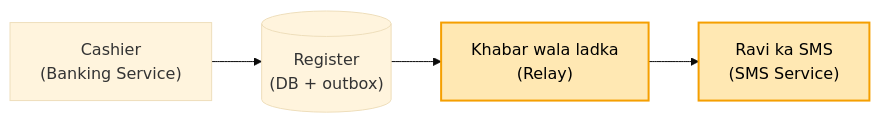
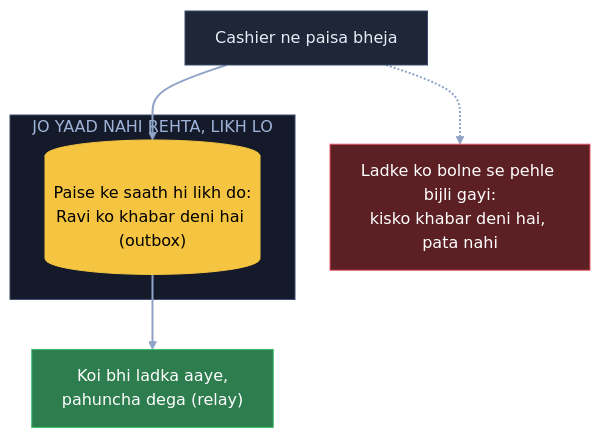
The fifth of 20 diagrams in 04_HLD/SYSTEM_DESIGNS/13_banking_system/13_banking_system.md (ArpanMaheshwari144/Prep), drawn with Mermaid (base theme) before and after one commit. The commit also changed other lines of this file, not shown here.

Commit message:
Banking: 20 diagram hand notes ke shabdon se (branch, register, diary, laptop, photocopy, chhotu)

````diff
--- a/04_HLD/SYSTEM_DESIGNS/13_banking_system/13_banking_system.md
+++ b/04_HLD/SYSTEM_DESIGNS/13_banking_system/13_banking_system.md
@@ -116,8 +163,18 @@
 ```mermaid
-flowchart LR
-    C["Cashier<br/>(Banking Service)"] --> R[("Register<br/>(DB + outbox)")]
-    R --> L["Khabar wala ladka<br/>(Relay)"]
-    L --> S["Ravi ka SMS<br/>(SMS Service)"]
-    style L fill:#ffe8b3,stroke:#f59f00,stroke-width:2px,color:#000
-    style S fill:#ffe8b3,stroke:#f59f00,stroke-width:2px,color:#000
+flowchart TB
+    C["Cashier ne paisa bheja"]:::card
+    X["Ladke ko bolne se pehle bijli gayi:<br/>kisko khabar deni hai, pata nahi"]:::bad
+    subgraph LK["JO YAAD NAHI REHTA, LIKH LO"]
+        O[("Paise ke saath hi likh do:<br/>Ravi ko khabar deni hai (outbox)")]:::pill
+    end
+    L["Koi bhi ladka aaye,<br/>pahuncha dega (relay)"]:::good
+    C --> O
+    C -.-> X
+    O --> L
+    linkStyle default stroke:#8fa3c7,stroke-width:2px
+    classDef card fill:#1e2638,stroke:#3a4a6b,color:#e8ecf5
+    classDef pill fill:#f5c542,stroke:#f5c542,color:#000
+    classDef good fill:#2e7d4f,stroke:#3fbf6f,color:#fff
+    classDef bad fill:#5c1f24,stroke:#e05561,color:#fff
+    style LK fill:#141a29,stroke:#3a4a6b,color:#9fb3d9
 ```
````
